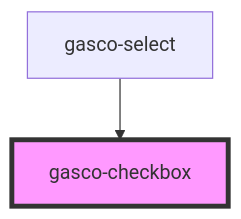
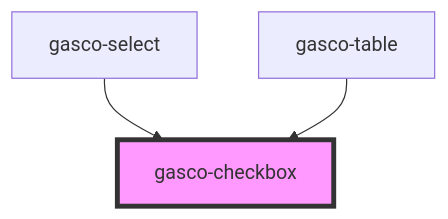
Before and after one commit to lac617a/gasco-core: the diagram in core/src/components/gasco-checkbox/readme.md, drawn with Mermaid. The commit also changed other lines of this file and 62 other files, not shown here.

````diff
--- a/core/src/components/gasco-checkbox/readme.md
+++ b/core/src/components/gasco-checkbox/readme.md
@@ -61,5 +62,6 @@
 ```mermaid
 graph TD;
   gasco-select --> gasco-checkbox
+  gasco-table --> gasco-checkbox
   style gasco-checkbox fill:#f9f,stroke:#333,stroke-width:4px
 ```
````
